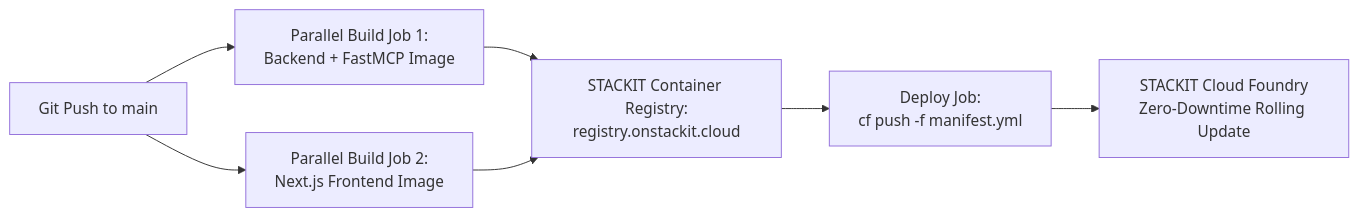
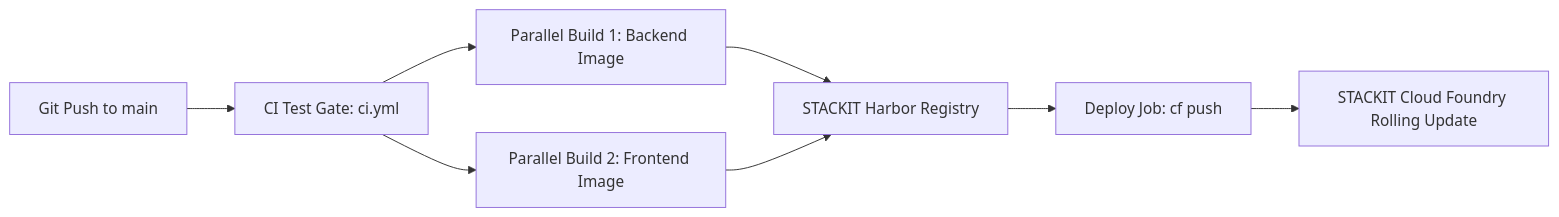
The diagram in DEPLOY_STACKIT.md (p4ku/research-intelligence), drawn with Mermaid before and after one commit. The commit also changed other lines of this file and 2 other files, not shown here.

Commit message:
docs(devops): update DEPLOY_STACKIT guide and add environment and telemetry scripts

````diff
--- a/DEPLOY_STACKIT.md
+++ b/DEPLOY_STACKIT.md
@@ -28,9 +136,10 @@
 ```mermaid
 flowchart LR
-    A[Git Push to main] --> B[Parallel Build Job 1:<br/>Backend + FastMCP Image]
-    A --> C[Parallel Build Job 2:<br/>Next.js Frontend Image]
-    B --> D[STACKIT Container Registry:<br/>registry.onstackit.cloud]
-    C --> D
-    D --> E[Deploy Job:<br/>cf push -f manifest.yml]
-    E --> F[STACKIT Cloud Foundry<br/>Zero-Downtime Rolling Update]
+    Push[Git Push to main] --> Gate[CI Test Gate: ci.yml]
+    Gate --> BuildBack[Parallel Build 1: Backend Image]
+    Gate --> BuildFront[Parallel Build 2: Frontend Image]
+    BuildBack --> Registry[STACKIT Harbor Registry]
+    BuildFront --> Registry
+    Registry --> DeployJob[Deploy Job: cf push]
+    DeployJob --> RollingUpdate[STACKIT Cloud Foundry Rolling Update]
 ```
````
